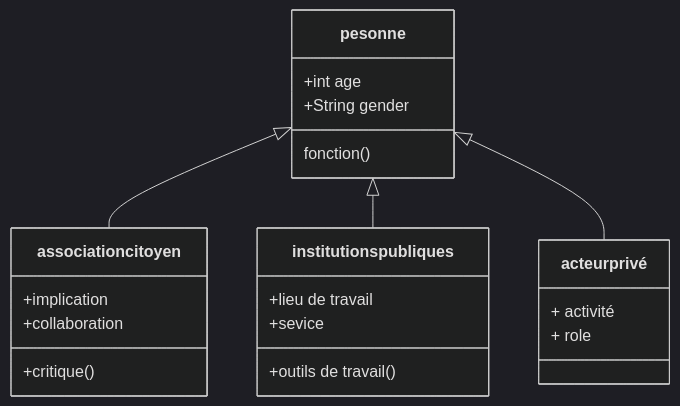
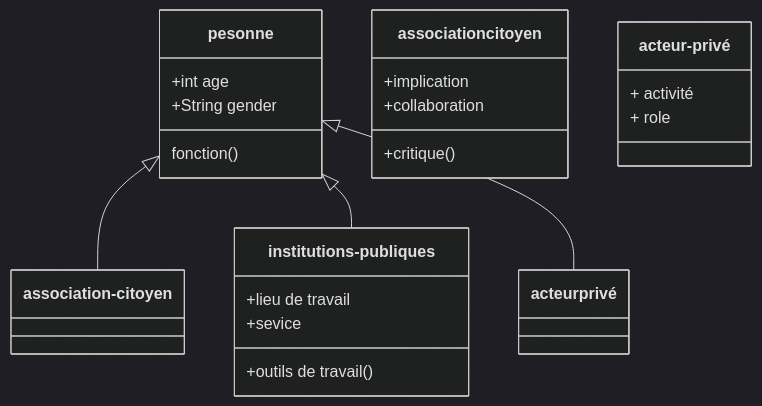
One commit to kahiarchi/plaine---saint--Denis---batiment- changed the diagram in acteurskahiarchi.md. Above: the diagram before and after it, drawn with Mermaid (dark theme).

````diff
--- a/acteurskahiarchi.md
+++ b/acteurskahiarchi.md
@@ -1,25 +1,25 @@
 ```mermaid
 classDiagram
-    pesonne <|-- association citoyen
-    pesonne <|-- institutions publiques
+    pesonne <|-- association-citoyen
+    pesonne <|-- institutions-publiques
     pesonne <|-- acteur privé 
 
     pesonne : +int age
     pesonne : +String gender
     pesonne : fonction()
 
   class association citoyen {
      +implication 
      +collaboration
      +critique ()
     }
-    class institutions publiques{
+    class institutions-publiques{
           +lieu de travail
           +sevice
           +outils de travail()
     }
-    class acteur privé{
+    class acteur-privé{
       + activité
      +  role
      }
 ```
````
